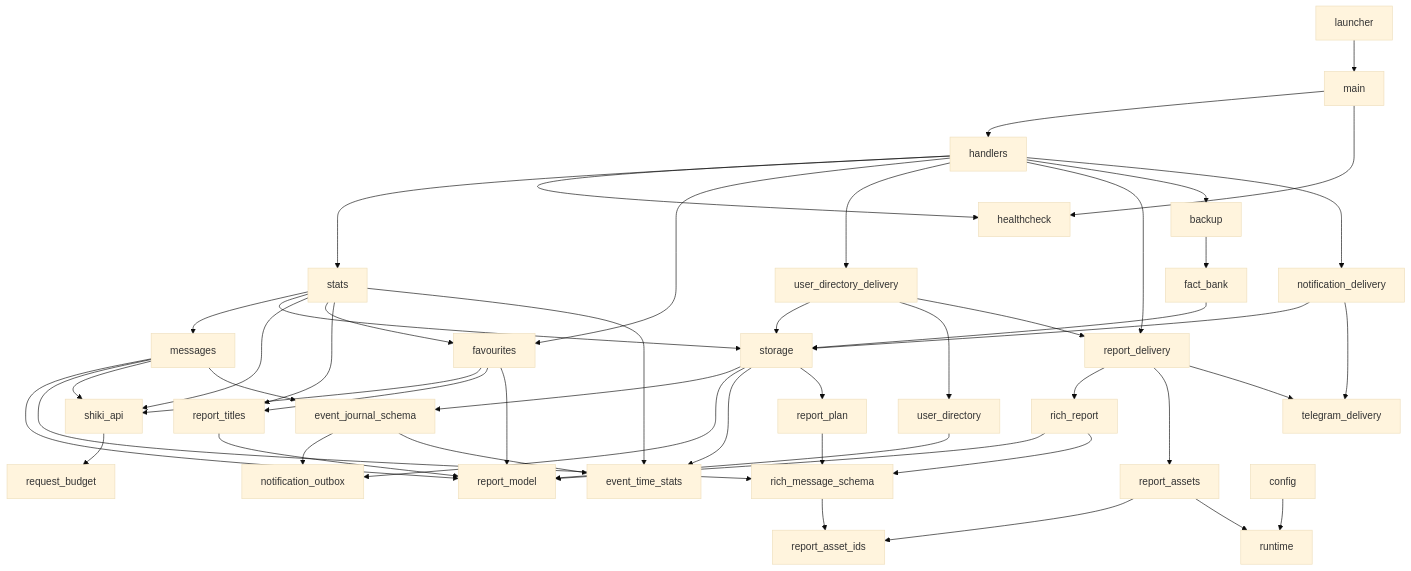
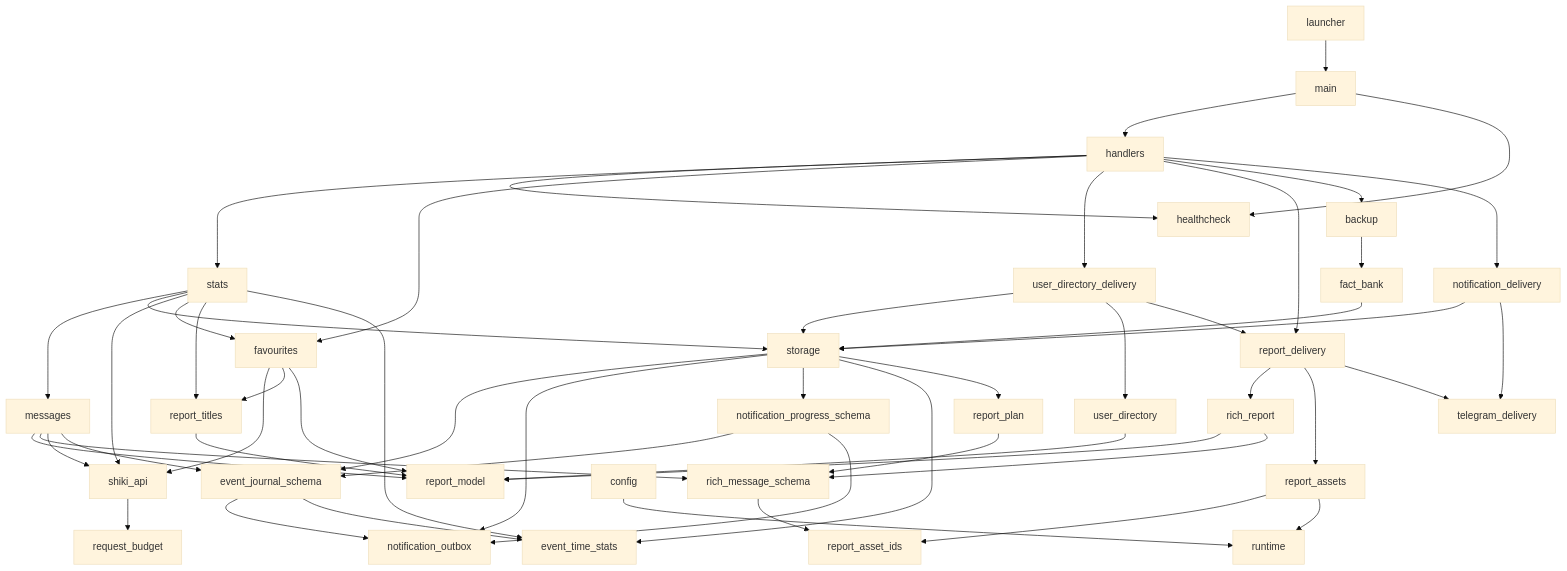
Before and after one commit to WorgaNomoR/ShikiUpdatesBot: the diagram in ARCHITECTURE.md, drawn with Mermaid (base theme). The commit also changed other lines of this file and 16 other files, not shown here.

First line of the commit message:
Persist notification progress separately from retained history (#186)

````diff
--- a/ARCHITECTURE.md
+++ b/ARCHITECTURE.md
@@ -82,52 +83,55 @@
 ```mermaid
 graph TD
     launcher --> main
     main --> handlers
     main --> healthcheck
     handlers --> healthcheck
     handlers --> stats
     handlers --> favourites
     handlers --> user_directory_delivery
     handlers --> report_delivery
     handlers --> backup
     stats --> messages
     stats --> storage
     stats --> shiki_api
     stats --> favourites
     stats --> report_titles
     favourites --> shiki_api
     favourites --> report_titles
     favourites --> report_model
     report_titles --> report_model
     messages --> report_model
     messages --> rich_message_schema
     messages --> shiki_api
     user_directory_delivery --> storage
     user_directory_delivery --> user_directory
     user_directory_delivery --> report_delivery
     user_directory --> report_model
     backup --> fact_bank
     fact_bank --> storage
     storage --> event_journal_schema
     storage --> notification_outbox
+    storage --> notification_progress_schema
+    notification_progress_schema --> event_journal_schema
+    notification_progress_schema --> notification_outbox
     event_journal_schema --> notification_outbox
     handlers --> notification_delivery
     notification_delivery --> storage
     notification_delivery --> telegram_delivery
     storage --> event_time_stats
     event_journal_schema --> event_time_stats
     stats --> event_time_stats
     messages --> event_journal_schema
     storage --> report_plan
     report_plan --> rich_message_schema
     report_delivery --> rich_report
     report_delivery --> report_assets
     report_delivery --> telegram_delivery
     rich_report --> report_model
     rich_report --> rich_message_schema
     rich_message_schema --> report_asset_ids
     report_assets --> report_asset_ids
     report_assets --> runtime
     shiki_api --> request_budget
     config --> runtime
 ```
````
